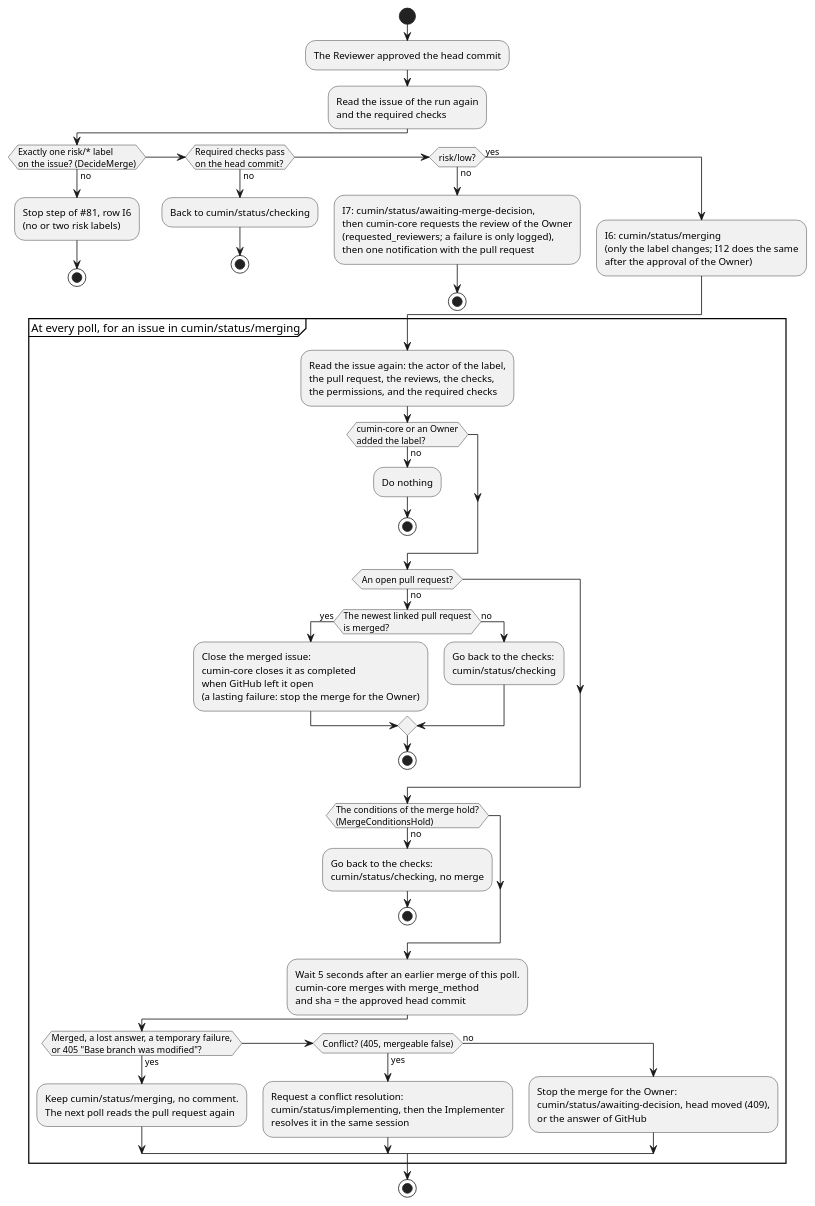
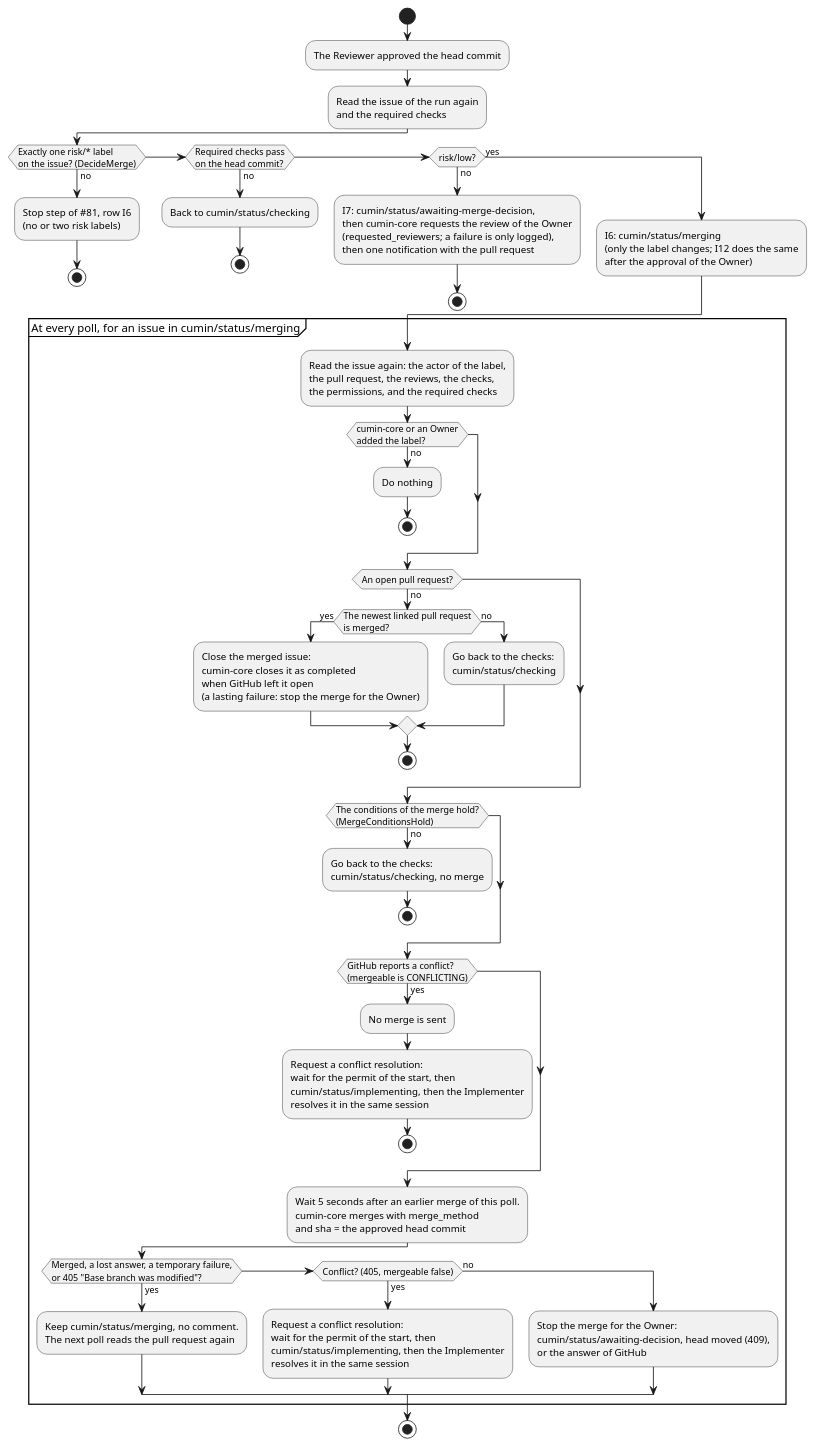
One commit to cloveclovedev/cumin-works changed the diagram in docs/ja/designs/poll-merge.puml. Above: the diagram before and after it, drawn with PlantUML. The commit also changed 8 other files, not shown here.

First line of the commit message:
feat(workflow): request the conflict resolution without a merge for a known conflict (#583)

```diff
--- a/docs/ja/designs/poll-merge.puml
+++ b/docs/ja/designs/poll-merge.puml
@@ -1,78 +1,88 @@
 @startuml poll-merge
 ' cumin works - the approved pull request (I6, I7) and the steps in cumin/status/merging.
 ' Document: poll.md, section on the merge step.
 ' Render: run scripts/render-diagrams.sh at the root of the repository.
 skinparam shadowing false
 skinparam defaultFontName sans-serif
 
 start
 :The Reviewer approved the head commit;
 :Read the issue of the run again
 and the required checks;
 if (Exactly one risk/* label
 on the issue? (DecideMerge)) then (no)
   :Stop step of #81, row I6
   (no or two risk labels);
   stop
 elseif (Required checks pass
 on the head commit?) then (no)
   :Back to cumin/status/checking;
   stop
 elseif (risk/low?) then (no)
   :I7: cumin/status/awaiting-merge-decision,
   then cumin-core requests the review of the Owner
   (requested_reviewers; a failure is only logged),
   then one notification with the pull request;
   stop
 else (yes)
   :I6: cumin/status/merging
   (only the label changes; I12 does the same
   after the approval of the Owner);
 endif
 partition "At every poll, for an issue in cumin/status/merging" {
   :Read the issue again: the actor of the label,
   the pull request, the reviews, the checks,
   the permissions, and the required checks;
   if (cumin-core or an Owner
 added the label?) then (no)
     :Do nothing;
     stop
   endif
   if (An open pull request?) then (no)
     if (The newest linked pull request
 is merged?) then (yes)
       :Close the merged issue:
       cumin-core closes it as completed
       when GitHub left it open
       (a lasting failure: stop the merge for the Owner);
     else (no)
       :Go back to the checks:
       cumin/status/checking;
     endif
     stop
   endif
   if (The conditions of the merge hold?
 (MergeConditionsHold)) then (no)
     :Go back to the checks:
     cumin/status/checking, no merge;
     stop
   endif
+  if (GitHub reports a conflict?
+(mergeable is CONFLICTING)) then (yes)
+    :No merge is sent;
+    :Request a conflict resolution:
+    wait for the permit of the start, then
+    cumin/status/implementing, then the Implementer
+    resolves it in the same session;
+    stop
+  endif
   :Wait 5 seconds after an earlier merge of this poll.
   cumin-core merges with merge_method
   and sha = the approved head commit;
   if (Merged, a lost answer, a temporary failure,
 or 405 "Base branch was modified"?) then (yes)
     :Keep cumin/status/merging, no comment.
     The next poll reads the pull request again;
   elseif (Conflict? (405, mergeable false)) then (yes)
     :Request a conflict resolution:
+    wait for the permit of the start, then
     cumin/status/implementing, then the Implementer
     resolves it in the same session;
   else (no)
     :Stop the merge for the Owner:
     cumin/status/awaiting-decision, head moved (409),
     or the answer of GitHub;
   endif
 }
 stop
 @enduml
```
